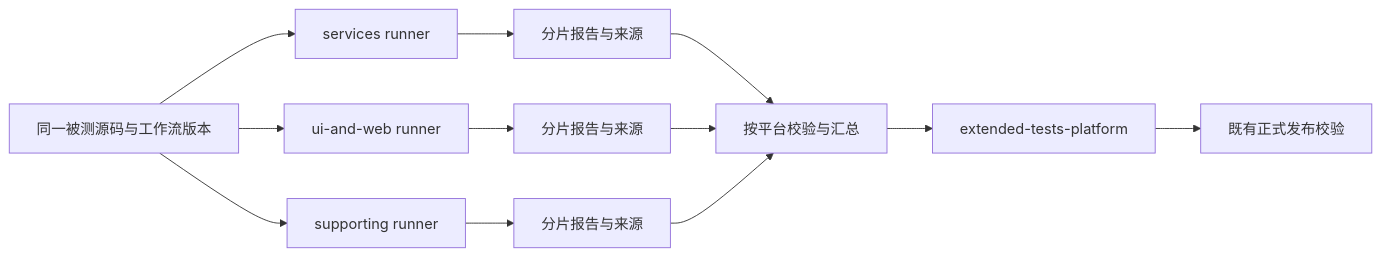
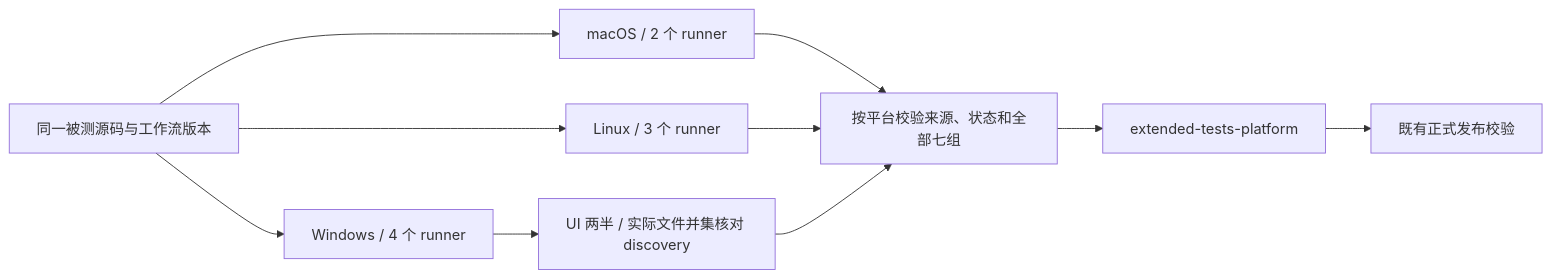
Before and after one commit to BlueSkyXN/OpenZWork: the diagram in docs/spec/extended-ci-parallel.md, drawn with Mermaid. The commit also changed other lines of this file and 10 other files, not shown here.

````diff
--- a/docs/spec/extended-ci-parallel.md
+++ b/docs/spec/extended-ci-parallel.md
@@ -27,14 +27,12 @@
 ```mermaid
 flowchart LR
-    S[同一被测源码与工作流版本] --> A[services runner]
-    S --> B[ui-and-web runner]
-    S --> C[supporting runner]
-    A --> D[分片报告与来源]
-    B --> E[分片报告与来源]
-    C --> F[分片报告与来源]
-    D --> G[按平台校验与汇总]
-    E --> G
-    F --> G
+    S[同一被测源码与工作流版本] --> M[macOS / 2 个 runner]
+    S --> L[Linux / 3 个 runner]
+    S --> W[Windows / 4 个 runner]
+    W --> U[UI 两半 / 实际文件并集核对 discovery]
+    M --> G[按平台校验来源、状态和全部七组]
+    L --> G
+    U --> G
     G --> H[extended-tests-platform]
     H --> I[既有正式发布校验]
 ```
````
